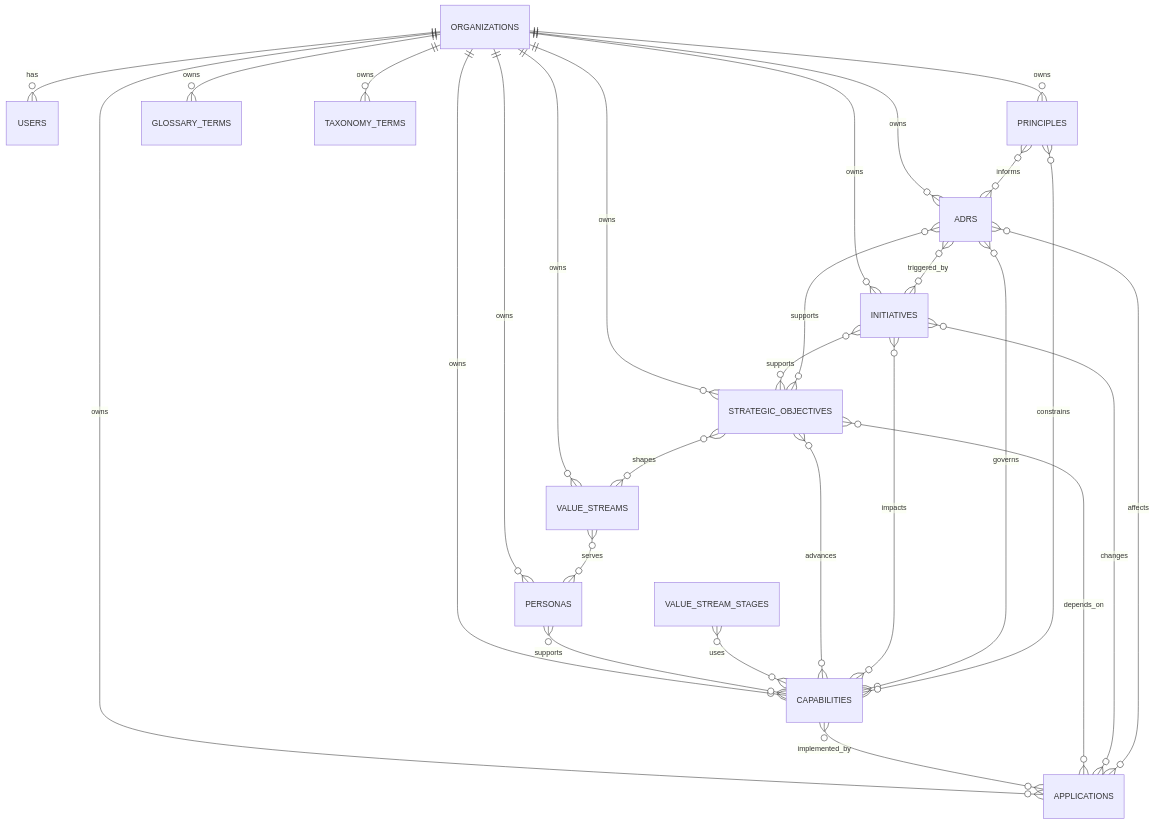
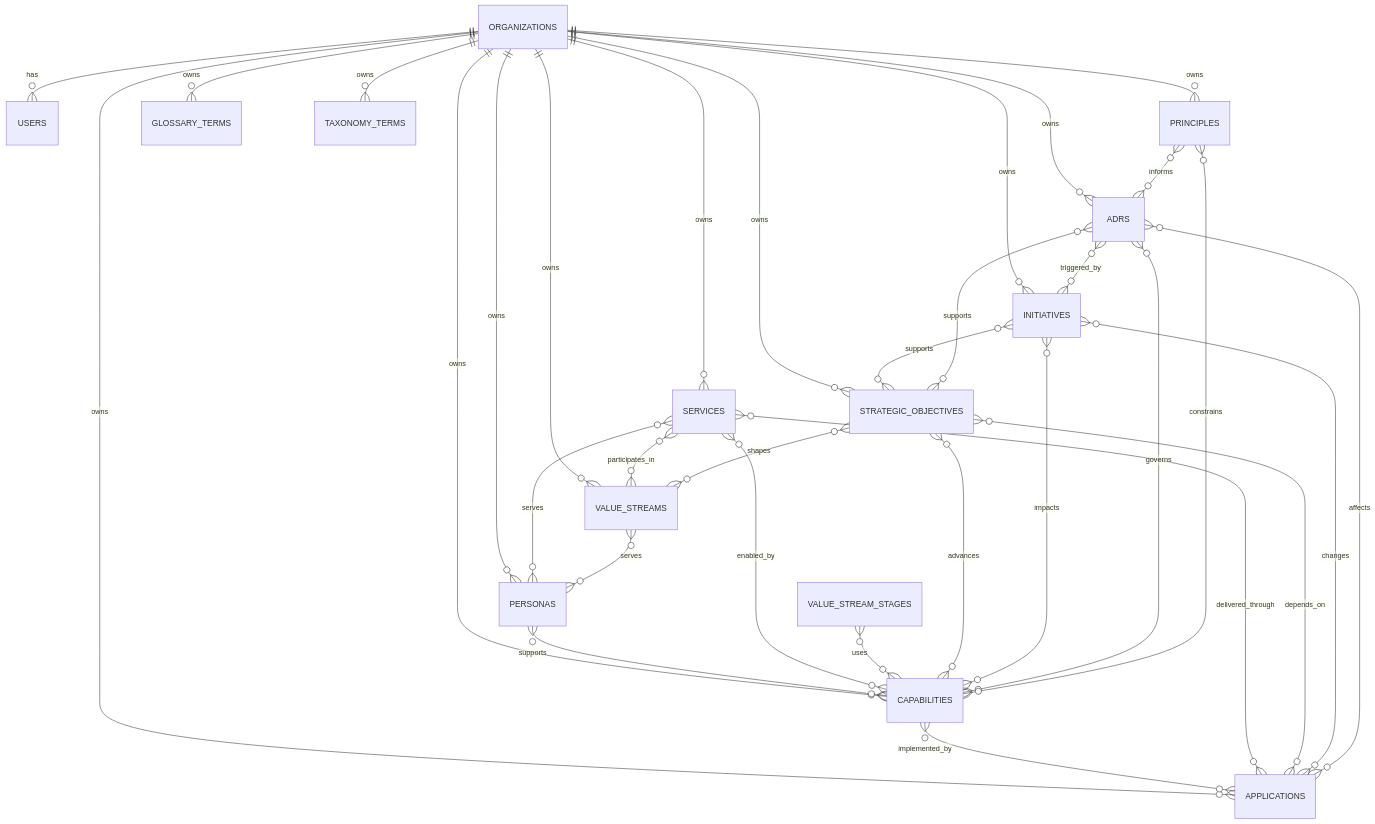
The diagram in docs/data-model.md (roballred/GovEA), drawn with Mermaid before and after one commit. The commit also changed other lines of this file and 2 other files, not shown here.

Commit message:
docs: sync product story after services merge

````diff
--- a/docs/data-model.md
+++ b/docs/data-model.md
@@ -36,31 +40,36 @@
 ```mermaid
 erDiagram
   ORGANIZATIONS ||--o{ USERS : has
   ORGANIZATIONS ||--o{ PERSONAS : owns
   ORGANIZATIONS ||--o{ CAPABILITIES : owns
   ORGANIZATIONS ||--o{ APPLICATIONS : owns
+  ORGANIZATIONS ||--o{ SERVICES : owns
   ORGANIZATIONS ||--o{ ADRS : owns
   ORGANIZATIONS ||--o{ VALUE_STREAMS : owns
   ORGANIZATIONS ||--o{ STRATEGIC_OBJECTIVES : owns
   ORGANIZATIONS ||--o{ INITIATIVES : owns
   ORGANIZATIONS ||--o{ PRINCIPLES : owns
   ORGANIZATIONS ||--o{ GLOSSARY_TERMS : owns
   ORGANIZATIONS ||--o{ TAXONOMY_TERMS : owns
 
   PERSONAS }o--o{ CAPABILITIES : supports
   CAPABILITIES }o--o{ APPLICATIONS : implemented_by
+  SERVICES }o--o{ PERSONAS : serves
+  SERVICES }o--o{ CAPABILITIES : enabled_by
+  SERVICES }o--o{ APPLICATIONS : delivered_through
+  SERVICES }o--o{ VALUE_STREAMS : participates_in
   VALUE_STREAMS }o--o{ PERSONAS : serves
   VALUE_STREAM_STAGES }o--o{ CAPABILITIES : uses
   STRATEGIC_OBJECTIVES }o--o{ CAPABILITIES : advances
   STRATEGIC_OBJECTIVES }o--o{ VALUE_STREAMS : shapes
   STRATEGIC_OBJECTIVES }o--o{ APPLICATIONS : depends_on
   INITIATIVES }o--o{ CAPABILITIES : impacts
   INITIATIVES }o--o{ STRATEGIC_OBJECTIVES : supports
   INITIATIVES }o--o{ APPLICATIONS : changes
   ADRS }o--o{ CAPABILITIES : governs
   ADRS }o--o{ APPLICATIONS : affects
   ADRS }o--o{ INITIATIVES : triggered_by
   ADRS }o--o{ STRATEGIC_OBJECTIVES : supports
   PRINCIPLES }o--o{ ADRS : informs
   PRINCIPLES }o--o{ CAPABILITIES : constrains
 ```
````
